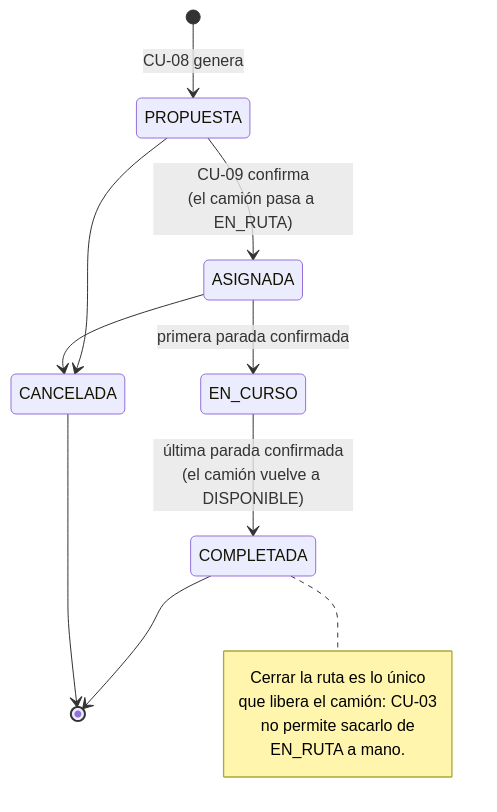
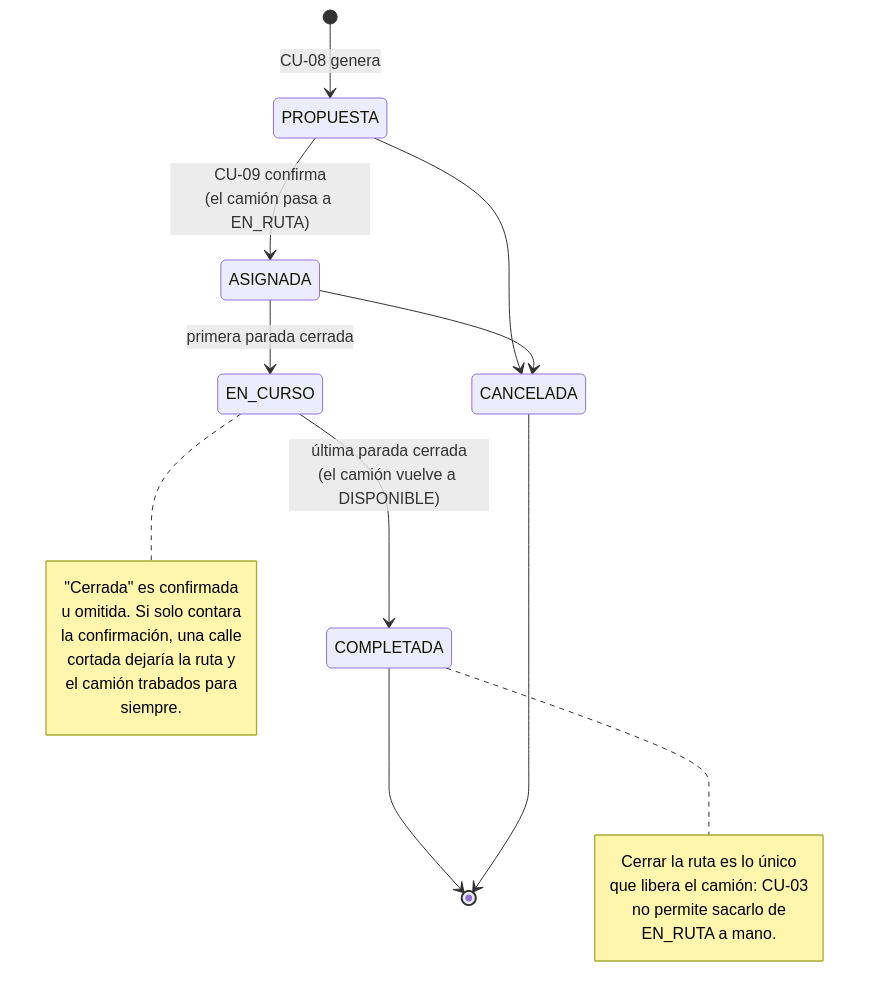
Before and after one commit to ResiduosCityPass/citypass-residuos: the ninth of 10 diagrams in docs/arquitectura/diagramas.md, drawn with Mermaid. The commit also changed other lines of this file and 23 other files, not shown here.

First line of the commit message:
feat(CU-01,CU-08,CU-10): fuera de servicio, avance de ruta y omitir parada

````diff
--- a/docs/arquitectura/diagramas.md
+++ b/docs/arquitectura/diagramas.md
@@ -448,18 +455,27 @@
 ```mermaid
 stateDiagram-v2
     [*] --> PROPUESTA: CU-08 genera
     PROPUESTA --> ASIGNADA: CU-09 confirma<br/>(el camión pasa a EN_RUTA)
-    ASIGNADA --> EN_CURSO: primera parada confirmada
-    EN_CURSO --> COMPLETADA: última parada confirmada<br/>(el camión vuelve a DISPONIBLE)
+    ASIGNADA --> EN_CURSO: primera parada cerrada
+    EN_CURSO --> COMPLETADA: última parada cerrada<br/>(el camión vuelve a DISPONIBLE)
     PROPUESTA --> CANCELADA
     ASIGNADA --> CANCELADA
     COMPLETADA --> [*]
     CANCELADA --> [*]
 
     note right of COMPLETADA
         Cerrar la ruta es lo único
         que libera el camión: CU-03
         no permite sacarlo de
         EN_RUTA a mano.
     end note
+
+    note right of EN_CURSO
+        "Cerrada" es confirmada
+        u omitida. Si solo contara
+        la confirmación, una calle
+        cortada dejaría la ruta y
+        el camión trabados para
+        siempre.
+    end note
 ```
````
